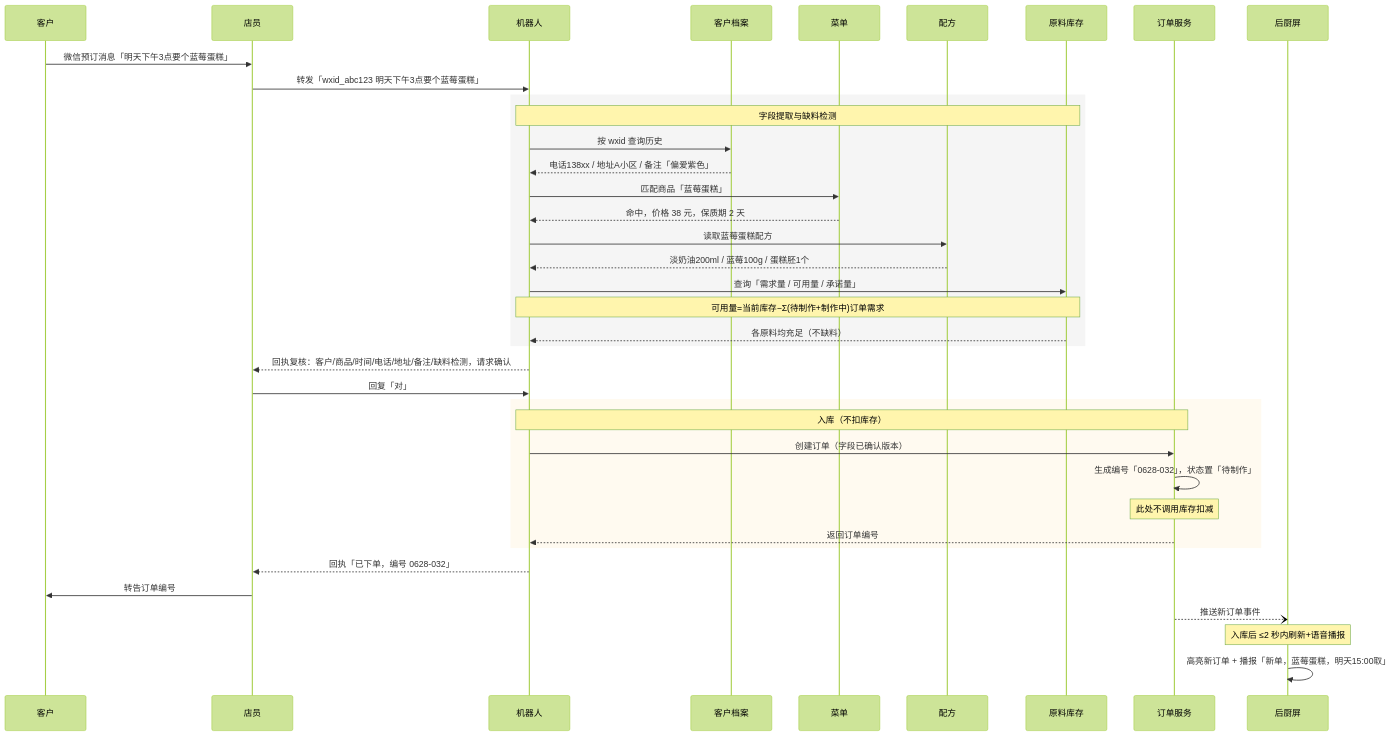
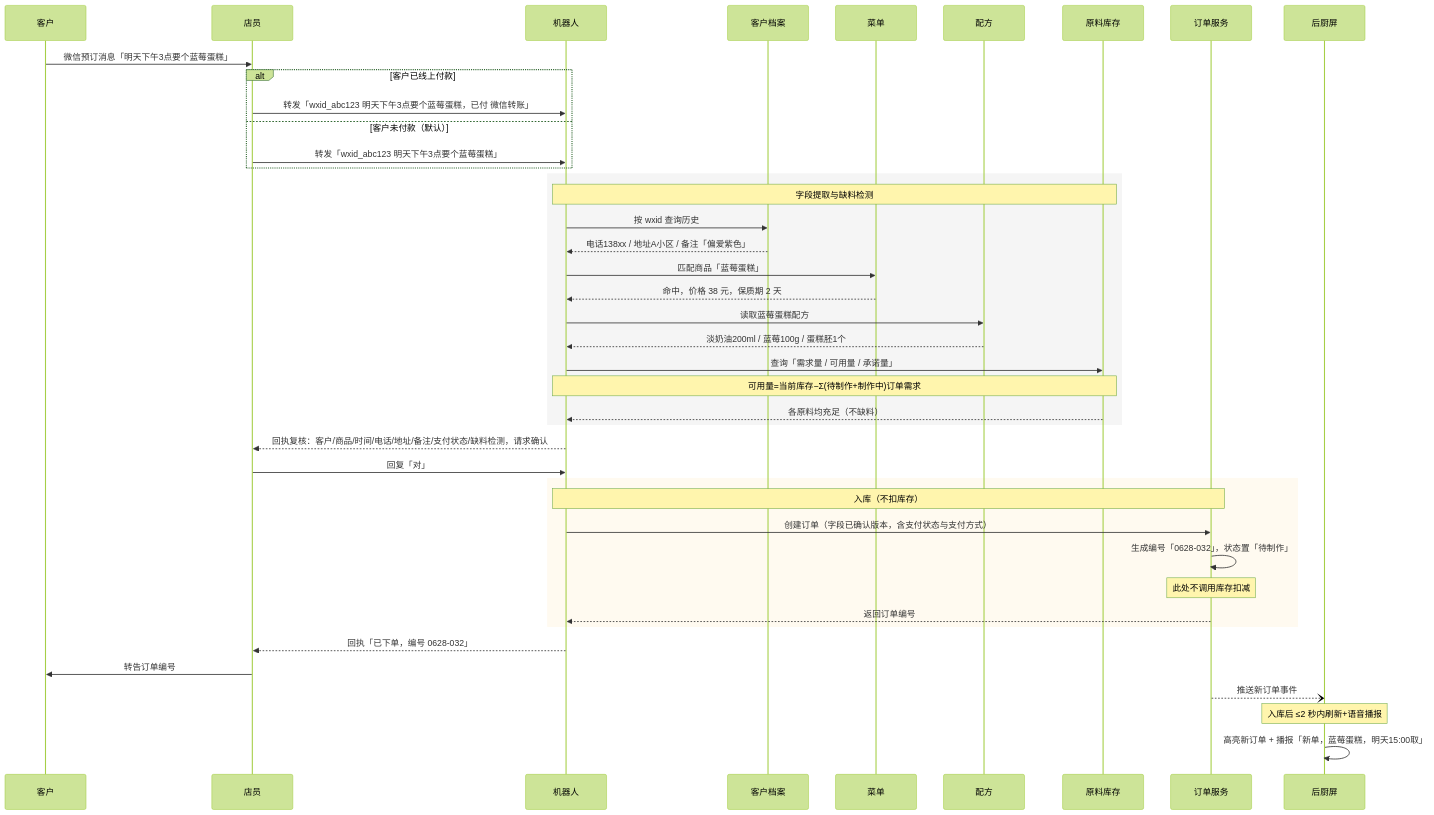
Before and after one commit to Antiqueeeee/cake-management: the first of 32 diagrams in docs/时序图.md, drawn with Mermaid (forest theme). The commit also changed other lines of this file and 1 other file, not shown here.

````diff
--- a/docs/时序图.md
+++ b/docs/时序图.md
@@ -72,46 +72,51 @@
 ```mermaid
 sequenceDiagram
     participant 客户
     participant 店员
     participant 机器人
     participant 档案 as 客户档案
     participant 菜单
     participant 配方
     participant 库存 as 原料库存
     participant 订单 as 订单服务
     participant 屏 as 后厨屏
 
     客户->>店员: 微信预订消息「明天下午3点要个蓝莓蛋糕」
-    店员->>机器人: 转发「wxid_abc123 明天下午3点要个蓝莓蛋糕」
+
+    alt 客户已线上付款
+        店员->>机器人: 转发「wxid_abc123 明天下午3点要个蓝莓蛋糕，已付 微信转账」
+    else 客户未付款（默认）
+        店员->>机器人: 转发「wxid_abc123 明天下午3点要个蓝莓蛋糕」
+    end
 
     rect rgb(245, 245, 245)
     Note over 机器人,库存: 字段提取与缺料检测
     机器人->>档案: 按 wxid 查询历史
     档案-->>机器人: 电话138xx / 地址A小区 / 备注「偏爱紫色」
     机器人->>菜单: 匹配商品「蓝莓蛋糕」
     菜单-->>机器人: 命中，价格 38 元，保质期 2 天
     机器人->>配方: 读取蓝莓蛋糕配方
     配方-->>机器人: 淡奶油200ml / 蓝莓100g / 蛋糕胚1个
     机器人->>库存: 查询「需求量 / 可用量 / 承诺量」
     Note over 机器人,库存: 可用量=当前库存−Σ(待制作+制作中)订单需求
     库存-->>机器人: 各原料均充足（不缺料）
     end
 
-    机器人-->>店员: 回执复核：客户/商品/时间/电话/地址/备注/缺料检测，请求确认
+    机器人-->>店员: 回执复核：客户/商品/时间/电话/地址/备注/支付状态/缺料检测，请求确认
     店员->>机器人: 回复「对」
 
     rect rgb(255, 250, 240)
     Note over 机器人,订单: 入库（不扣库存）
-    机器人->>订单: 创建订单（字段已确认版本）
+    机器人->>订单: 创建订单（字段已确认版本，含支付状态与支付方式）
     订单->>订单: 生成编号「0628-032」，状态置「待制作」
     Note over 订单: 此处不调用库存扣减
     订单-->>机器人: 返回订单编号
     end
 
     机器人-->>店员: 回执「已下单，编号 0628-032」
     店员->>客户: 转告订单编号
 
     订单--)屏: 推送新订单事件
     Note over 屏: 入库后 ≤2 秒内刷新+语音播报
     屏->>屏: 高亮新订单 + 播报「新单，蓝莓蛋糕，明天15:00取」
 ```
````
